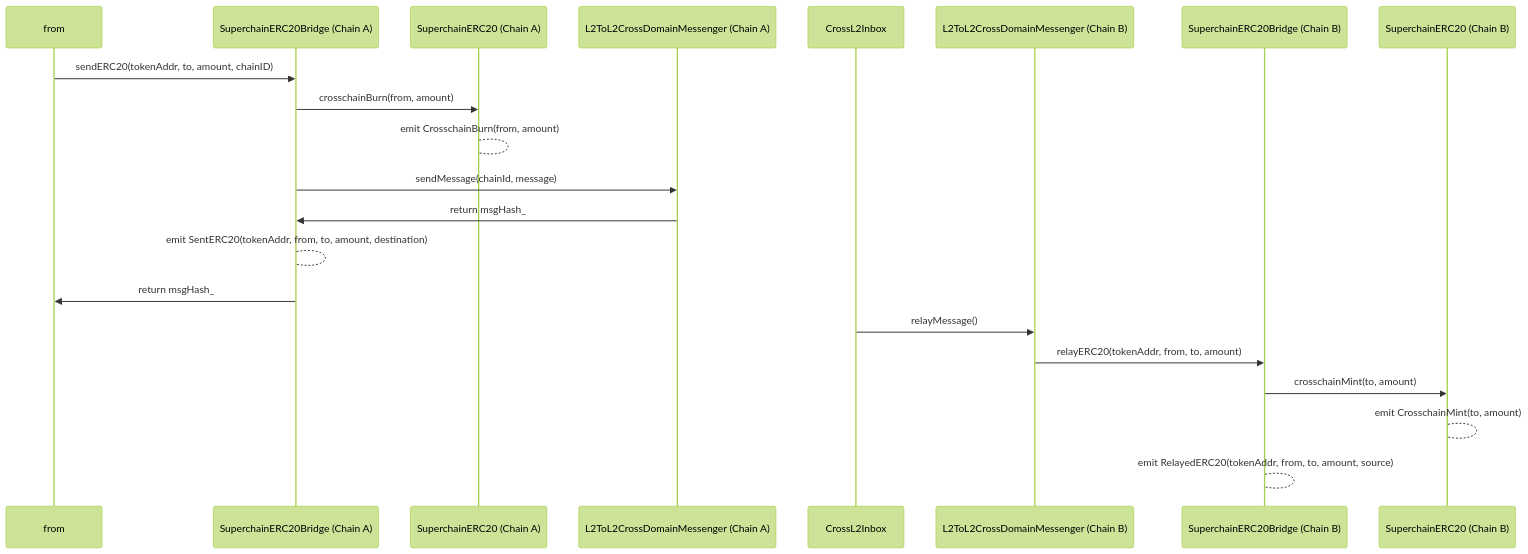
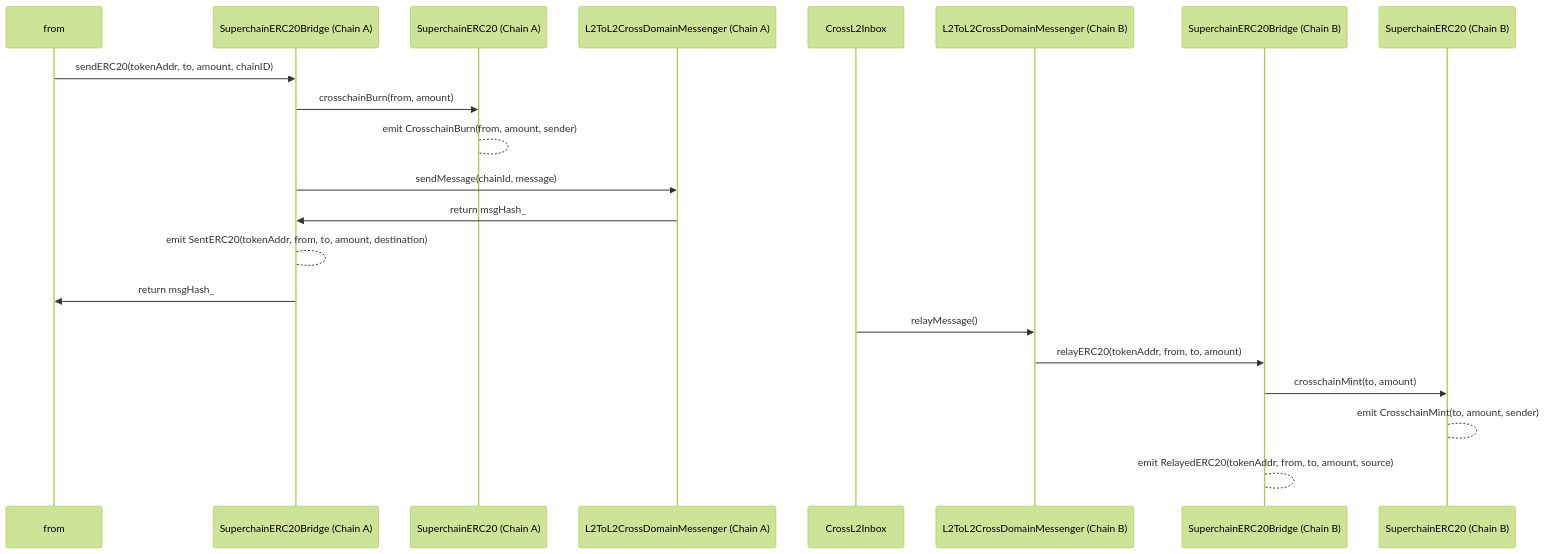
The first of 3 diagrams in specs/interop/token-bridging.md (ethereum-optimism/specs), drawn with Mermaid (forest theme) before and after one commit. The commit also changed other lines of this file, not shown here.

Commit message:
feat: add sender to ERC7802 events (#9)

````diff
--- a/specs/interop/token-bridging.md
+++ b/specs/interop/token-bridging.md
@@ -125,24 +125,24 @@
 ```mermaid
 sequenceDiagram
   participant from
   participant L2SBA as SuperchainERC20Bridge (Chain A)
   participant SuperERC20_A as SuperchainERC20 (Chain A)
   participant Messenger_A as L2ToL2CrossDomainMessenger (Chain A)
   participant Inbox as CrossL2Inbox
   participant Messenger_B as L2ToL2CrossDomainMessenger (Chain B)
   participant L2SBB as SuperchainERC20Bridge (Chain B)
   participant SuperERC20_B as SuperchainERC20 (Chain B)
 
   from->>L2SBA: sendERC20(tokenAddr, to, amount, chainID)
   L2SBA->>SuperERC20_A: crosschainBurn(from, amount)
-  SuperERC20_A-->SuperERC20_A: emit CrosschainBurn(from, amount)
+  SuperERC20_A-->SuperERC20_A: emit CrosschainBurn(from, amount, sender)
   L2SBA->>Messenger_A: sendMessage(chainId, message)
-  Messenger_A->>L2SBA: return msgHash_ 
+  Messenger_A->>L2SBA: return msgHash_
   L2SBA-->L2SBA: emit SentERC20(tokenAddr, from, to, amount, destination)
-  L2SBA->>from: return msgHash_ 
+  L2SBA->>from: return msgHash_
   Inbox->>Messenger_B: relayMessage()
   Messenger_B->>L2SBB: relayERC20(tokenAddr, from, to, amount)
   L2SBB->>SuperERC20_B: crosschainMint(to, amount)
-  SuperERC20_B-->SuperERC20_B: emit CrosschainMint(to, amount)
+  SuperERC20_B-->SuperERC20_B: emit CrosschainMint(to, amount, sender)
   L2SBB-->L2SBB: emit RelayedERC20(tokenAddr, from, to, amount, source)
 ```
````
